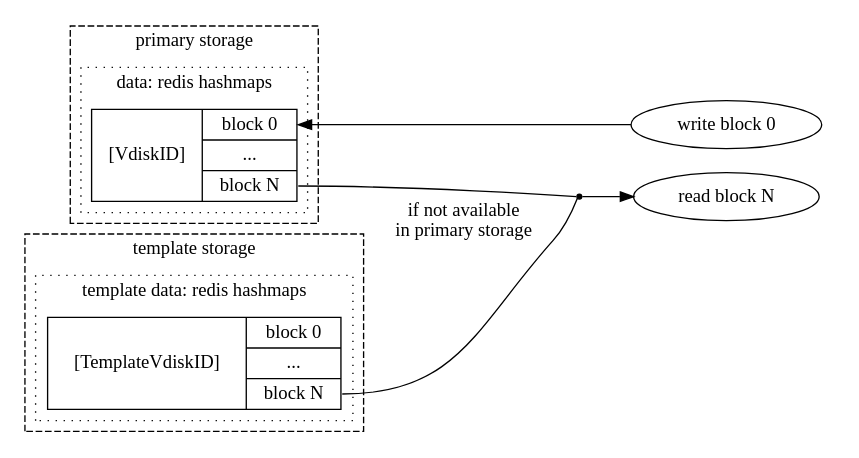
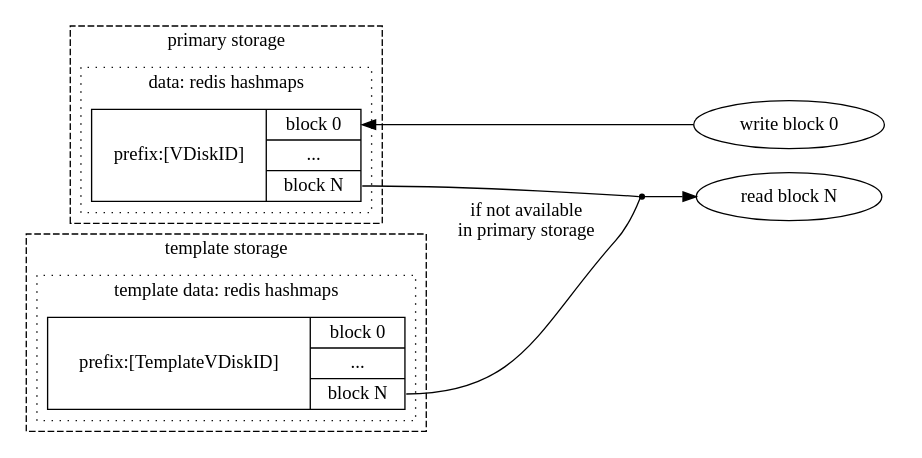
The diagram in docs/assets/src/nbd_nondeduped_storage.dot (GlenDC/blockstor), drawn with Graphviz before and after one commit. The commit also changed 7 other files, not shown here.

```diff
--- a/docs/assets/src/nbd_nondeduped_storage.dot
+++ b/docs/assets/src/nbd_nondeduped_storage.dot
@@ -1,59 +1,59 @@
 digraph {
     rankdir = "LR"
 
     subgraph clusterPrimaryStorage {
         label = "primary storage"
         style = "dashed"
         
         subgraph clusterData {
             label = "data: redis hashmaps"
             style = "dotted"
 
             dataFields [
-                label = "{ [VdiskID] | { <b0> block 0 | <b1> ... | <b2> block N } }"
+                label = "{ prefix:[VDiskID] | { <b0> block 0 | <b1> ... | <b2> block N } }"
                 shape = "record"
             ]
         }
     }
 
     subgraph clusterActions {
         style = "invis"
 
         read [
             label = "read block N"
             shape = "oval"
         ]
 
         write [
             label = "write block 0"
             shape = "oval"
         ]
 
         write -> dataFields:b0
     }
 
     subgraph clusterTemplateStorage {
         label = "template storage"
         style = "dashed"
         
         subgraph clusterData {
             label = "template data: redis hashmaps"
             style = "dotted"
 
             templateDataFields [
-                label = "{ [TemplateVdiskID] | { <b0> block 0 | <b1> ... | <b2> block N } }"
+                label = "{ prefix:[TemplateVDiskID] | { <b0> block 0 | <b1> ... | <b2> block N } }"
                 shape = "record"
             ]
         }
     }
 
     readAny [ shape = "point" ]
 
     dataFields:b2 -> readAny [ dir = "none" ]
     templateDataFields:b2 -> readAny [
         label = "if not available\nin primary storage"
         dir = "none"
     ]
 
     readAny -> read
 }
```
